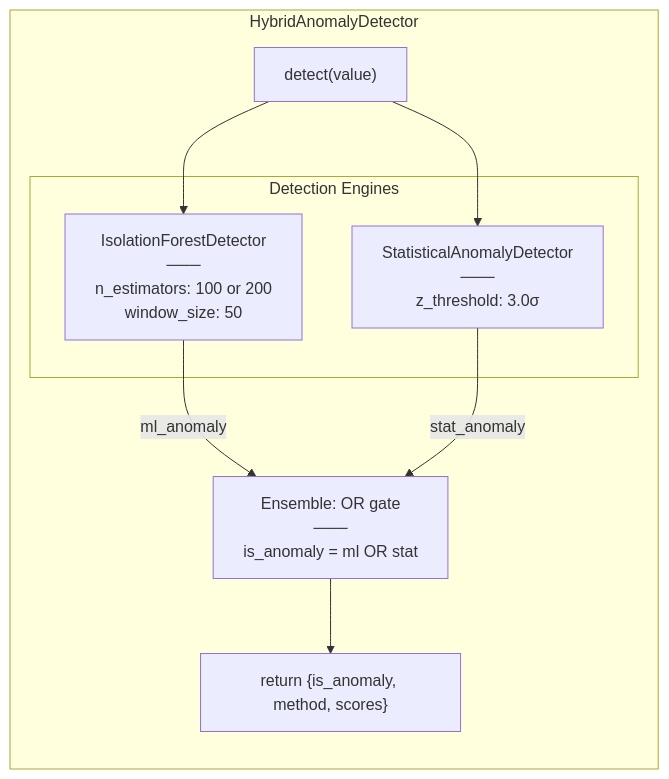
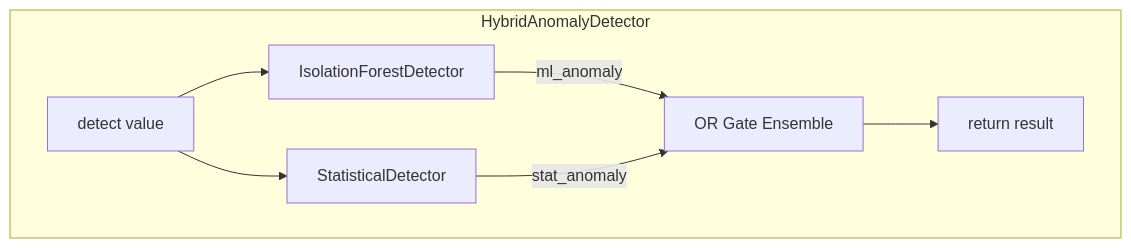
The second of 2 diagrams in plans/component.md (Taki224/AI-Architecture-and-Cloud-Computing-Final-Project), drawn with Mermaid before and after one commit. The commit also changed other lines of this file and 3 other files, not shown here.

Commit message:
refactor: Update sequence diagrams for clarity and consistency

````diff
--- a/plans/component.md
+++ b/plans/component.md
@@ -58,23 +67,16 @@
 ```mermaid
 flowchart TB
-    subgraph HybridDetector["HybridAnomalyDetector"]
-        direction TB
-        
-        Input["detect(value)"]
-        
-        subgraph Detectors["Detection Engines"]
-            IsoForest["IsolationForestDetector<br/>───<br/>n_estimators: 100 or 200<br/>window_size: 50"]
-            StatDetector["StatisticalAnomalyDetector<br/>───<br/>z_threshold: 3.0σ"]
-        end
-        
-        Ensemble["Ensemble: OR gate<br/>───<br/>is_anomaly = ml OR stat"]
-        
-        Output["return {is_anomaly, method, scores}"]
+    subgraph HybridDetector[HybridAnomalyDetector]
+        Input[detect value]
+        IsoForest[IsolationForestDetector]
+        StatDetector[StatisticalDetector]
+        Ensemble[OR Gate Ensemble]
+        Output[return result]
     end
 
     Input --> IsoForest
     Input --> StatDetector
-    IsoForest -->|"ml_anomaly"| Ensemble
-    StatDetector -->|"stat_anomaly"| Ensemble
+    IsoForest -->|ml_anomaly| Ensemble
+    StatDetector -->|stat_anomaly| Ensemble
     Ensemble --> Output
 ```
````
